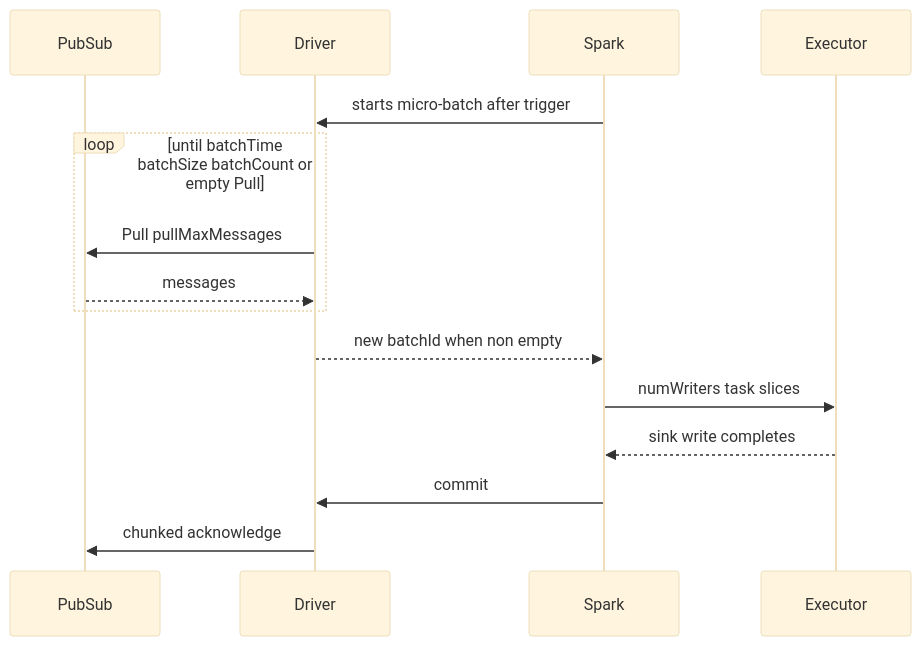
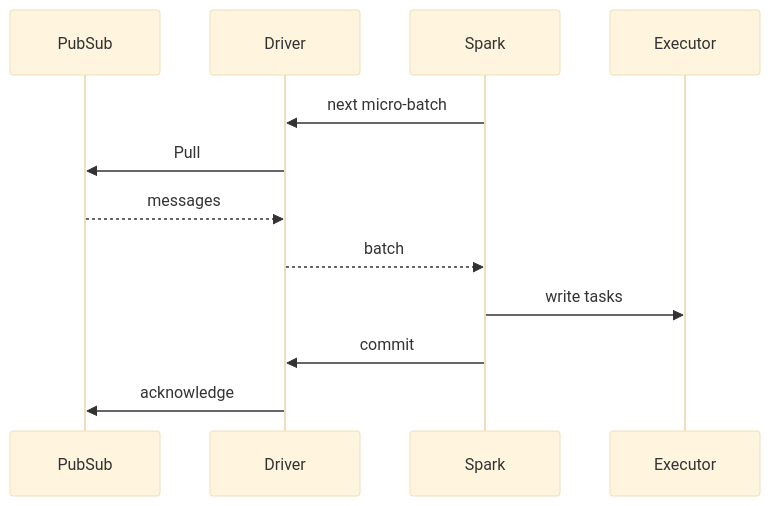
One commit to juarezr/spark-streaming-google-pubsub changed the diagram in README.md. Above: the diagram before and after it, drawn with Mermaid (base theme). The commit also changed other lines of this file, not shown here.

First line of the commit message:
docs: update README for clarity and add usage examples for Java, Scala, and PySpark

````diff
--- a/README.md
+++ b/README.md
@@ -138,17 +164,14 @@
 ```mermaid
 sequenceDiagram
   participant PubSub
   participant Driver
   participant Spark
   participant Executor
-  Spark->>Driver: starts micro-batch after trigger
-  loop until batchTime batchSize batchCount or empty Pull
-    Driver->>PubSub: Pull pullMaxMessages
-    PubSub-->>Driver: messages
-  end
-  Driver-->>Spark: new batchId when non empty
-  Spark->>Executor: numWriters task slices
-  Executor-->>Spark: sink write completes
+  Spark->>Driver: next micro-batch
+  Driver->>PubSub: Pull
+  PubSub-->>Driver: messages
+  Driver-->>Spark: batch
+  Spark->>Executor: write tasks
   Spark->>Driver: commit
-  Driver->>PubSub: chunked acknowledge
+  Driver->>PubSub: acknowledge
 ```
````
